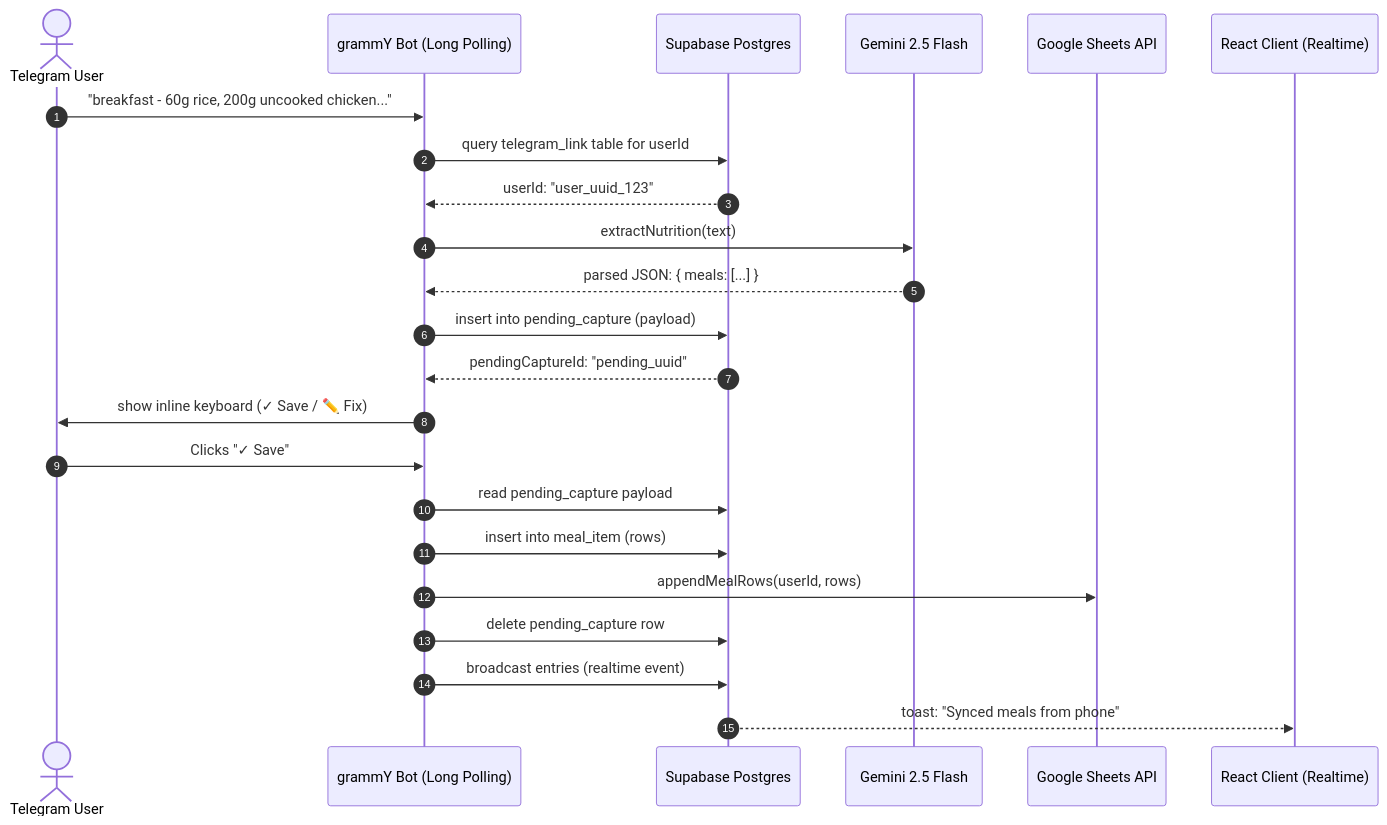
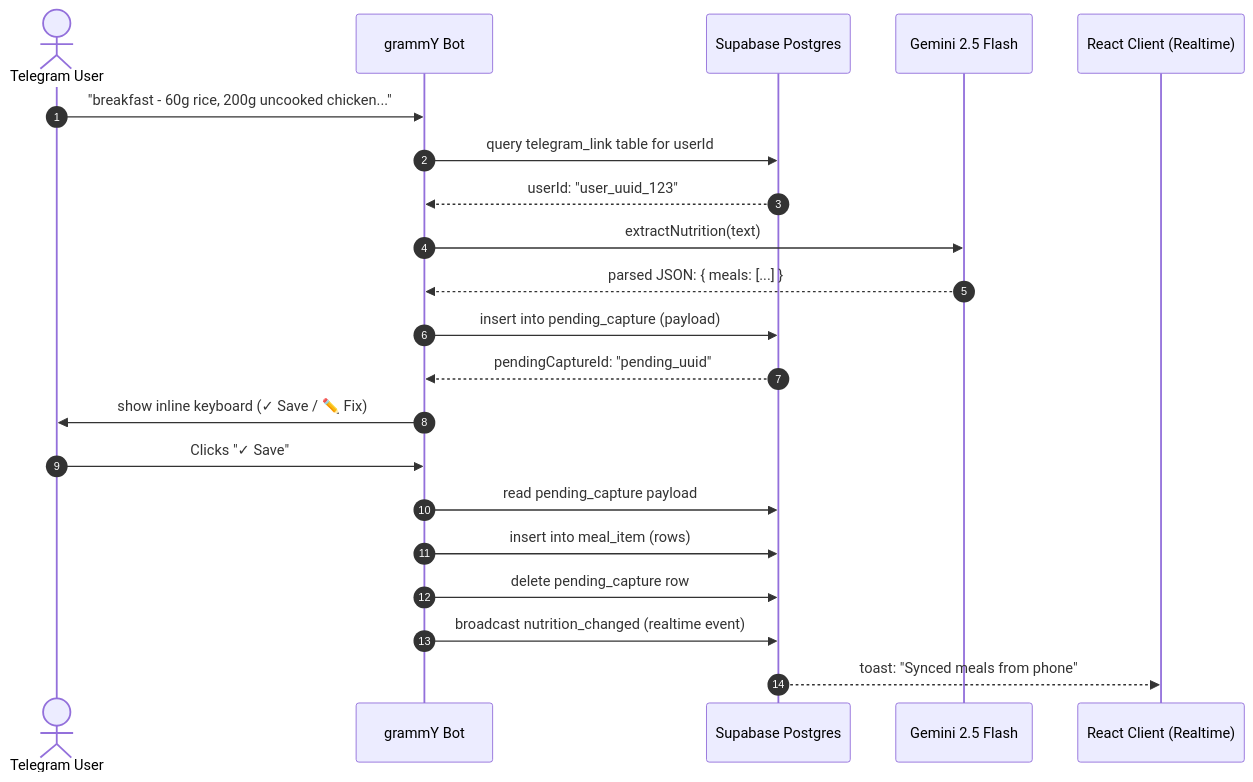
Before and after one commit to atharvoid/calorie-tracker: the diagram in docs/NUTRITION_DATA_FLOW.md, drawn with Mermaid. The commit also changed other lines of this file and 1 other file, not shown here.

First line of the commit message:
docs: correct README and data-flow doc after the legacy table drop (B-1, B-2, B-4)

````diff
--- a/docs/NUTRITION_DATA_FLOW.md
+++ b/docs/NUTRITION_DATA_FLOW.md
@@ -9,26 +16,24 @@
 ```mermaid
 sequenceDiagram
     autonumber
     actor User as Telegram User
-    participant Bot as grammY Bot (Long Polling)
+    participant Bot as grammY Bot
     participant DB as Supabase Postgres
     participant LLM as Gemini 2.5 Flash
-    participant Sheets as Google Sheets API
     participant Client as React Client (Realtime)
 
     User->>Bot: "breakfast - 60g rice, 200g uncooked chicken..."
     Bot->>DB: query telegram_link table for userId
     DB-->>Bot: userId: "user_uuid_123"
     Bot->>LLM: extractNutrition(text)
     LLM-->>Bot: parsed JSON: { meals: [...] }
     Bot->>DB: insert into pending_capture (payload)
     DB-->>Bot: pendingCaptureId: "pending_uuid"
     Bot->>User: show inline keyboard (✓ Save / ✏️ Fix)
     User->>Bot: Clicks "✓ Save"
     Bot->>DB: read pending_capture payload
     Bot->>DB: insert into meal_item (rows)
-    Bot->>Sheets: appendMealRows(userId, rows)
     Bot->>DB: delete pending_capture row
-    Bot->>DB: broadcast entries (realtime event)
+    Bot->>DB: broadcast nutrition_changed (realtime event)
     DB-->>Client: toast: "Synced meals from phone"
 ```
````
